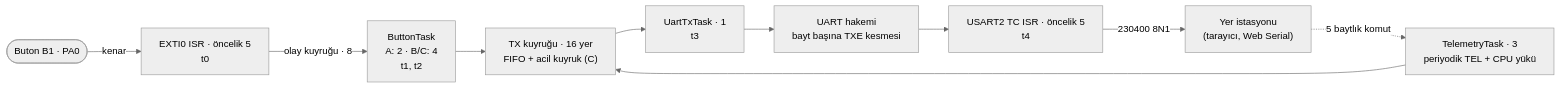
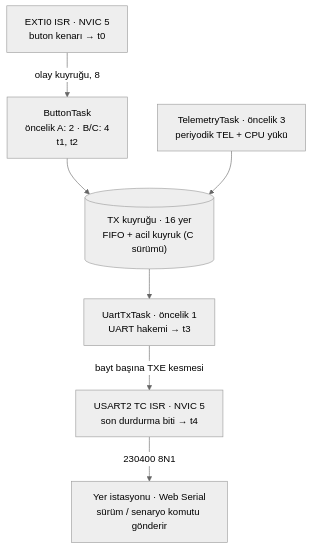
Before and after one commit to ardagmrkc/presstrace-sched: the diagram in README.tr.md, drawn with Mermaid (neutral theme). The commit also changed other lines of this file and 4 other files, not shown here.

````diff
--- a/README.tr.md
+++ b/README.tr.md
@@ -99,12 +131,17 @@
 ```mermaid
-flowchart LR
-    B1([Buton B1 · PA0]) -->|kenar| EXTI["EXTI0 ISR · öncelik 5<br/>t0"]
-    EXTI -->|olay kuyruğu · 8| BT["ButtonTask<br/>A: 2 · B/C: 4<br/>t1, t2"]
-    TT["TelemetryTask · 3<br/>periyodik TEL + CPU yükü"] --> Q
-    BT --> Q["TX kuyruğu · 16 yer<br/>FIFO + acil kuyruk (C)"]
-    Q --> UT["UartTxTask · 1<br/>t3"]
-    UT --> ARB["UART hakemi<br/>bayt başına TXE kesmesi"]
-    ARB --> TC["USART2 TC ISR · öncelik 5<br/>t4"]
-    TC -->|230400 8N1| GS["Yer istasyonu<br/>(tarayıcı, Web Serial)"]
-    GS -.->|5 baytlık komut| TT
+flowchart TB
+    EXTI["EXTI0 ISR · NVIC 5<br/>buton kenarı → t0"]
+    BT["ButtonTask<br/>öncelik A: 2 · B/C: 4<br/>t1, t2"]
+    TT["TelemetryTask · öncelik 3<br/>periyodik TEL + CPU yükü"]
+    Q[("TX kuyruğu · 16 yer<br/>FIFO + acil kuyruk (C sürümü)")]
+    UT["UartTxTask · öncelik 1<br/>UART hakemi → t3"]
+    TC["USART2 TC ISR · NVIC 5<br/>son durdurma biti → t4"]
+    GS["Yer istasyonu · Web Serial<br/>sürüm / senaryo komutu gönderir"]
+
+    EXTI -->|olay kuyruğu, 8| BT
+    BT --> Q
+    TT --> Q
+    Q --> UT
+    UT -->|bayt başına TXE kesmesi| TC
+    TC -->|230400 8N1| GS
 ```
````
